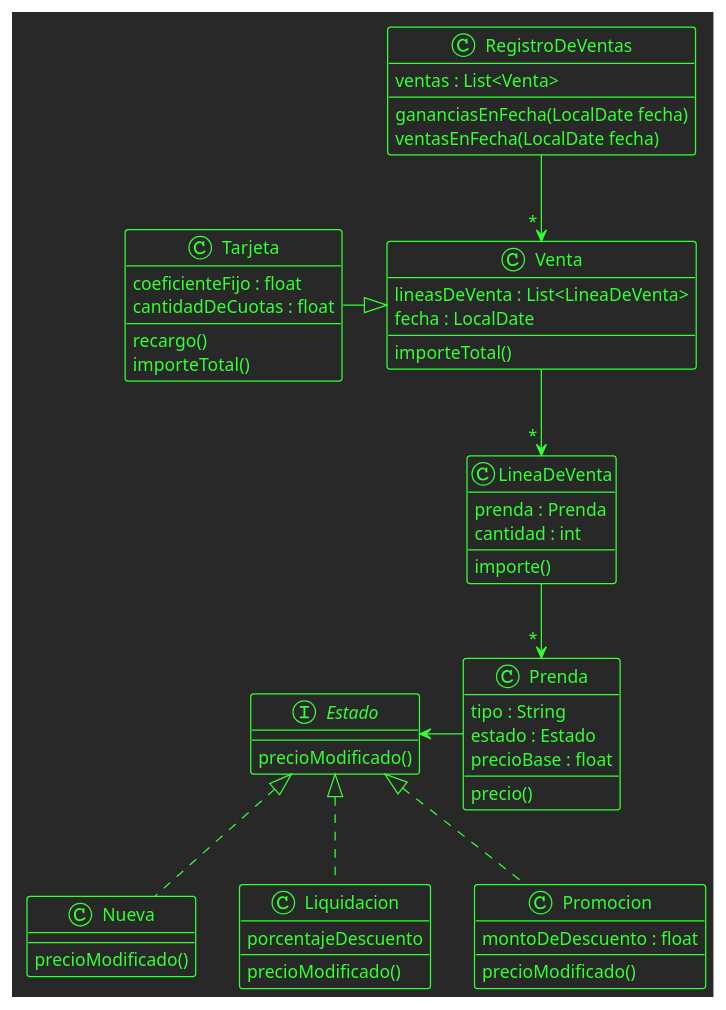
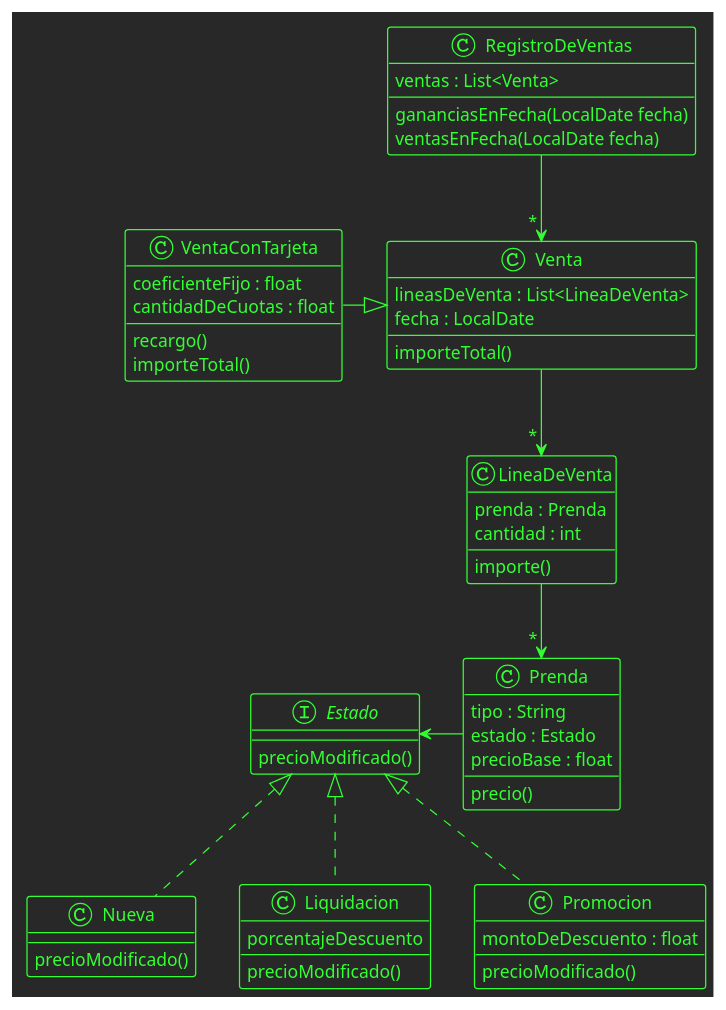
The diagram in macowins.puml (ValenAquino/macowin), drawn with PlantUML before and after one commit.

Commit message:
Se actualiza el diagrama de clases

```diff
--- a/macowins.puml
+++ b/macowins.puml
@@ -1,66 +1,66 @@
 @startuml Macowins
 
 !theme crt-green
 
 class Prenda {
   tipo : String
   estado : Estado
   precioBase : float
   precio()
 }
 
 interface Estado {
   precioModificado()
 }
 
 class Nueva {
   precioModificado()
 }
 
 class Liquidacion {
   porcentajeDescuento
   precioModificado()
 }
 
 class Promocion {
   montoDeDescuento : float
   precioModificado()
 }
 
 Estado <- Prenda
 Estado <|.. Nueva
 Estado <|.. Liquidacion
 Estado <|.. Promocion
 
 class LineaDeVenta {
   prenda : Prenda 
   cantidad : int
   importe()
 } 
 
 class Venta {
   lineasDeVenta : List<LineaDeVenta>
   fecha : LocalDate 
   importeTotal()
 }
 
-class Tarjeta {
+class VentaConTarjeta {
   coeficienteFijo : float
   cantidadDeCuotas : float
   recargo()
   importeTotal()
 }
 
-Tarjeta -|> Venta
+VentaConTarjeta -|> Venta
 LineaDeVenta --> " * " Prenda
 Venta --> " * " LineaDeVenta
 
 class RegistroDeVentas {
   gananciasEnFecha(LocalDate fecha)
   ventasEnFecha(LocalDate fecha)
   ventas : List<Venta>
 }
 
 RegistroDeVentas --> " * " Venta
 
 @enduml
```
